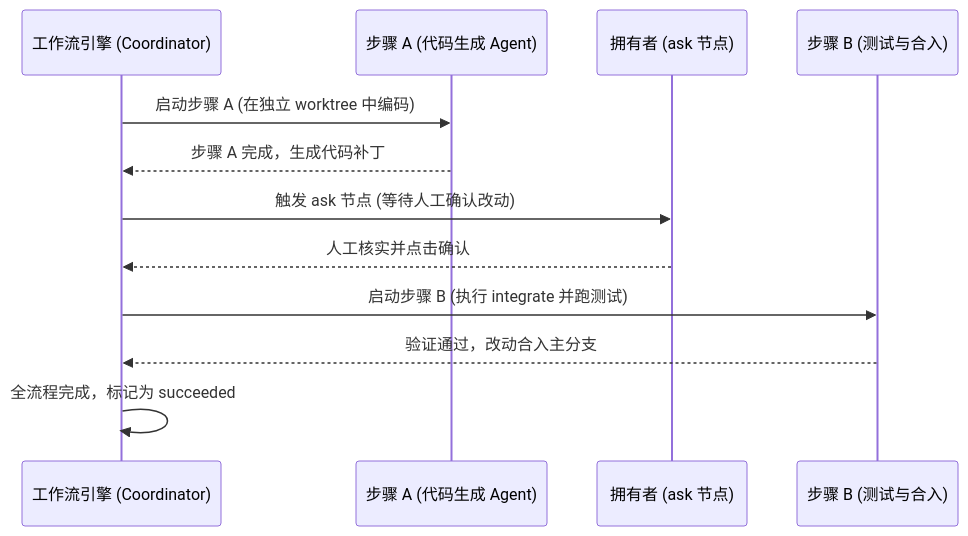
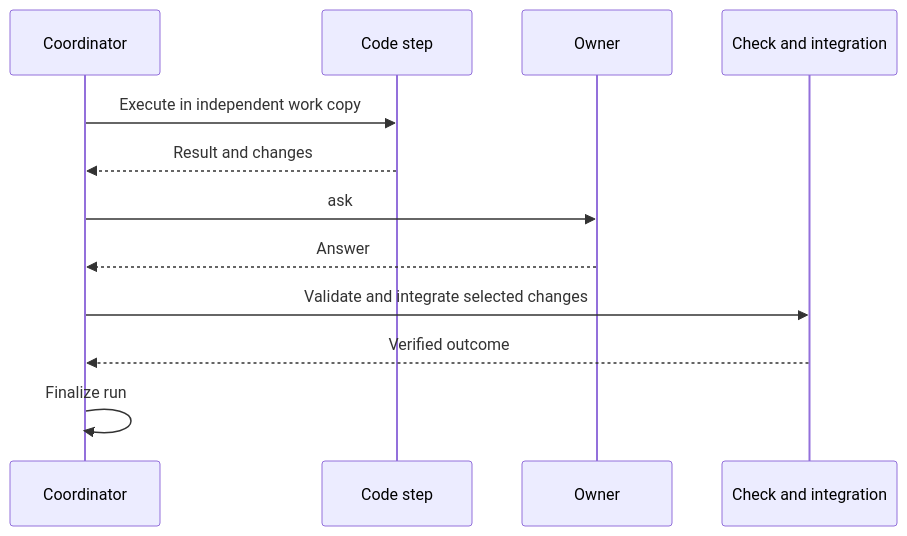
The second of 2 diagrams in docs/modules/workflows.md (num-lab/Ruukoto), drawn with Mermaid before and after one commit. The commit also changed other lines of this file and 3987 other files, not shown here.

````diff
--- a/docs/modules/workflows.md
+++ b/docs/modules/workflows.md
@@ -70,15 +44,14 @@
 ```mermaid
 sequenceDiagram
-  participant Engine as 工作流引擎 (Coordinator)
-  participant StepA as 步骤 A (代码生成 Agent)
-  participant User as 拥有者 (ask 节点)
-  participant StepB as 步骤 B (测试与合入)
-
-  Engine->>StepA: 启动步骤 A (在独立 worktree 中编码)
-  StepA-->>Engine: 步骤 A 完成，生成代码补丁
-  Engine->>User: 触发 ask 节点 (等待人工确认改动)
-  User-->>Engine: 人工核实并点击确认
-  Engine->>StepB: 启动步骤 B (执行 integrate 并跑测试)
-  StepB-->>Engine: 验证通过，改动合入主分支
-  Engine->>Engine: 全流程完成，标记为 succeeded
+  participant Engine as Coordinator
+  participant Code as Code step
+  participant Owner
+  participant Integrate as Check and integration
+  Engine->>Code: Execute in independent work copy
+  Code-->>Engine: Result and changes
+  Engine->>Owner: ask
+  Owner-->>Engine: Answer
+  Engine->>Integrate: Validate and integrate selected changes
+  Integrate-->>Engine: Verified outcome
+  Engine->>Engine: Finalize run
 ```
````
